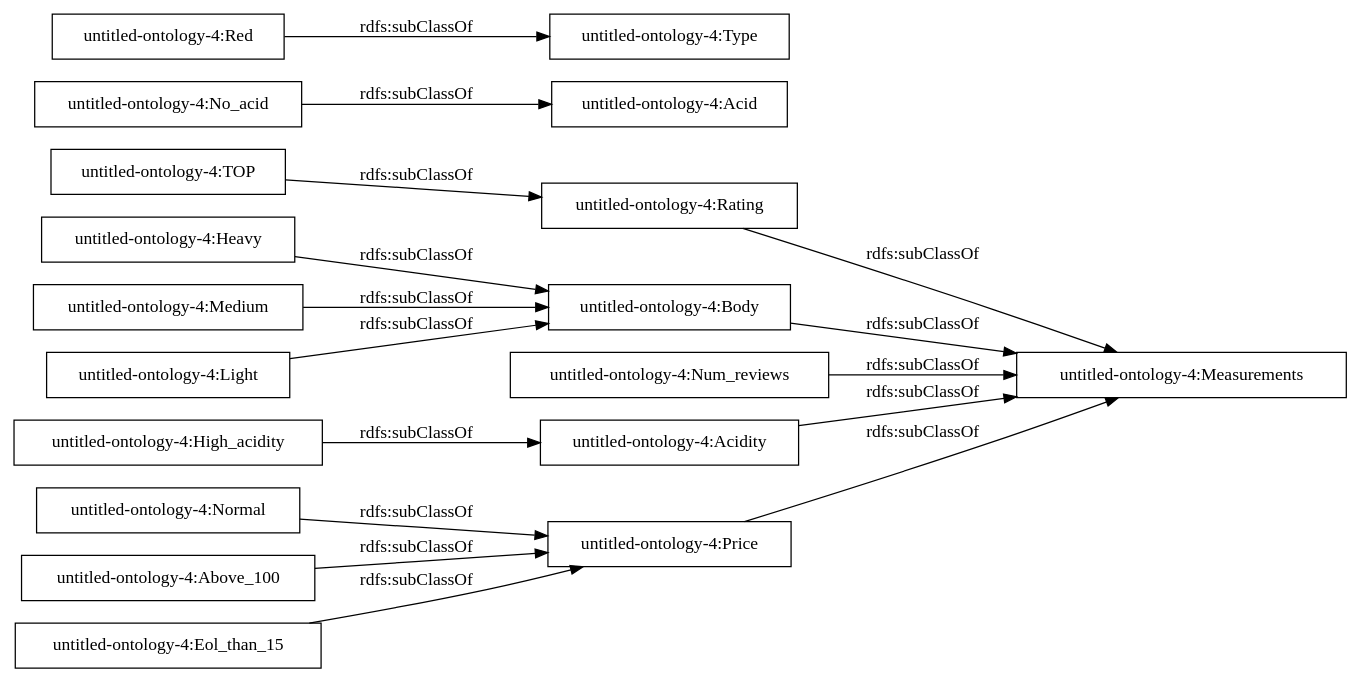
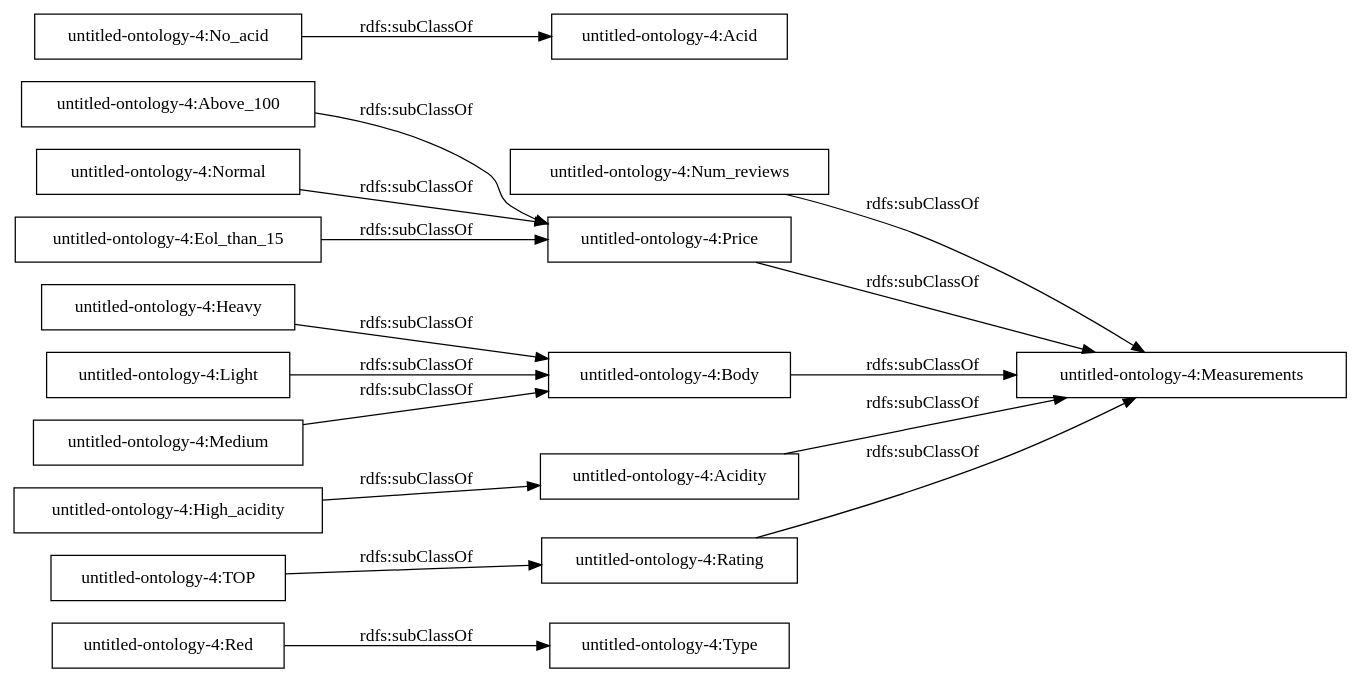
The diagram in OnToology/PEC2v5.rdf/diagrams/ar2dtool-taxonomy/PEC2v5.rdf.png.dot (r-acha/Ontologies), drawn with Graphviz before and after one commit. The commit also changed 12 other files, not shown here.

```diff
--- a/OnToology/PEC2v5.rdf/diagrams/ar2dtool-taxonomy/PEC2v5.rdf.png.dot
+++ b/OnToology/PEC2v5.rdf/diagrams/ar2dtool-taxonomy/PEC2v5.rdf.png.dot
@@ -1,21 +1,21 @@
 digraph ar2dtool_diagram { 
 rankdir=LR;
 size="1000"
-node [shape = rectangle, color="black"]; "untitled-ontology-4:Price" "untitled-ontology-4:Acid" "untitled-ontology-4:No_acid" "untitled-ontology-4:Heavy" "untitled-ontology-4:Red" "untitled-ontology-4:Rating" "untitled-ontology-4:Body" "untitled-ontology-4:Normal" "untitled-ontology-4:Num_reviews" "untitled-ontology-4:TOP" "untitled-ontology-4:Medium" "untitled-ontology-4:Measurements" "untitled-ontology-4:Above_100" "untitled-ontology-4:Acidity" "untitled-ontology-4:Type" "untitled-ontology-4:Eol_than_15" "untitled-ontology-4:Light" "untitled-ontology-4:High_acidity" ; /*classes style*/
+node [shape = rectangle, color="black"]; "untitled-ontology-4:Type" "untitled-ontology-4:Rating" "untitled-ontology-4:Above_100" "untitled-ontology-4:Red" "untitled-ontology-4:Measurements" "untitled-ontology-4:No_acid" "untitled-ontology-4:Num_reviews" "untitled-ontology-4:High_acidity" "untitled-ontology-4:Normal" "untitled-ontology-4:Price" "untitled-ontology-4:Body" "untitled-ontology-4:Heavy" "untitled-ontology-4:TOP" "untitled-ontology-4:Light" "untitled-ontology-4:Acid" "untitled-ontology-4:Acidity" "untitled-ontology-4:Medium" "untitled-ontology-4:Eol_than_15" ; /*classes style*/
+	"untitled-ontology-4:Body" -> "untitled-ontology-4:Measurements" [ label = "rdfs:subClassOf" ];
+	"untitled-ontology-4:Acidity" -> "untitled-ontology-4:Measurements" [ label = "rdfs:subClassOf" ];
+	"untitled-ontology-4:No_acid" -> "untitled-ontology-4:Acid" [ label = "rdfs:subClassOf" ];
+	"untitled-ontology-4:Medium" -> "untitled-ontology-4:Body" [ label = "rdfs:subClassOf" ];
 	"untitled-ontology-4:TOP" -> "untitled-ontology-4:Rating" [ label = "rdfs:subClassOf" ];
-	"untitled-ontology-4:Medium" -> "untitled-ontology-4:Body" [ label = "rdfs:subClassOf" ];
+	"untitled-ontology-4:Price" -> "untitled-ontology-4:Measurements" [ label = "rdfs:subClassOf" ];
 	"untitled-ontology-4:Above_100" -> "untitled-ontology-4:Price" [ label = "rdfs:subClassOf" ];
 	"untitled-ontology-4:Num_reviews" -> "untitled-ontology-4:Measurements" [ label = "rdfs:subClassOf" ];
+	"untitled-ontology-4:Red" -> "untitled-ontology-4:Type" [ label = "rdfs:subClassOf" ];
+	"untitled-ontology-4:Light" -> "untitled-ontology-4:Body" [ label = "rdfs:subClassOf" ];
+	"untitled-ontology-4:Eol_than_15" -> "untitled-ontology-4:Price" [ label = "rdfs:subClassOf" ];
+	"untitled-ontology-4:Rating" -> "untitled-ontology-4:Measurements" [ label = "rdfs:subClassOf" ];
+	"untitled-ontology-4:Normal" -> "untitled-ontology-4:Price" [ label = "rdfs:subClassOf" ];
 	"untitled-ontology-4:Heavy" -> "untitled-ontology-4:Body" [ label = "rdfs:subClassOf" ];
-	"untitled-ontology-4:Body" -> "untitled-ontology-4:Measurements" [ label = "rdfs:subClassOf" ];
-	"untitled-ontology-4:Red" -> "untitled-ontology-4:Type" [ label = "rdfs:subClassOf" ];
-	"untitled-ontology-4:Price" -> "untitled-ontology-4:Measurements" [ label = "rdfs:subClassOf" ];
-	"untitled-ontology-4:Rating" -> "untitled-ontology-4:Measurements" [ label = "rdfs:subClassOf" ];
 	"untitled-ontology-4:High_acidity" -> "untitled-ontology-4:Acidity" [ label = "rdfs:subClassOf" ];
-	"untitled-ontology-4:Acidity" -> "untitled-ontology-4:Measurements" [ label = "rdfs:subClassOf" ];
-	"untitled-ontology-4:Normal" -> "untitled-ontology-4:Price" [ label = "rdfs:subClassOf" ];
-	"untitled-ontology-4:Eol_than_15" -> "untitled-ontology-4:Price" [ label = "rdfs:subClassOf" ];
-	"untitled-ontology-4:No_acid" -> "untitled-ontology-4:Acid" [ label = "rdfs:subClassOf" ];
-	"untitled-ontology-4:Light" -> "untitled-ontology-4:Body" [ label = "rdfs:subClassOf" ];
 
 }
```
